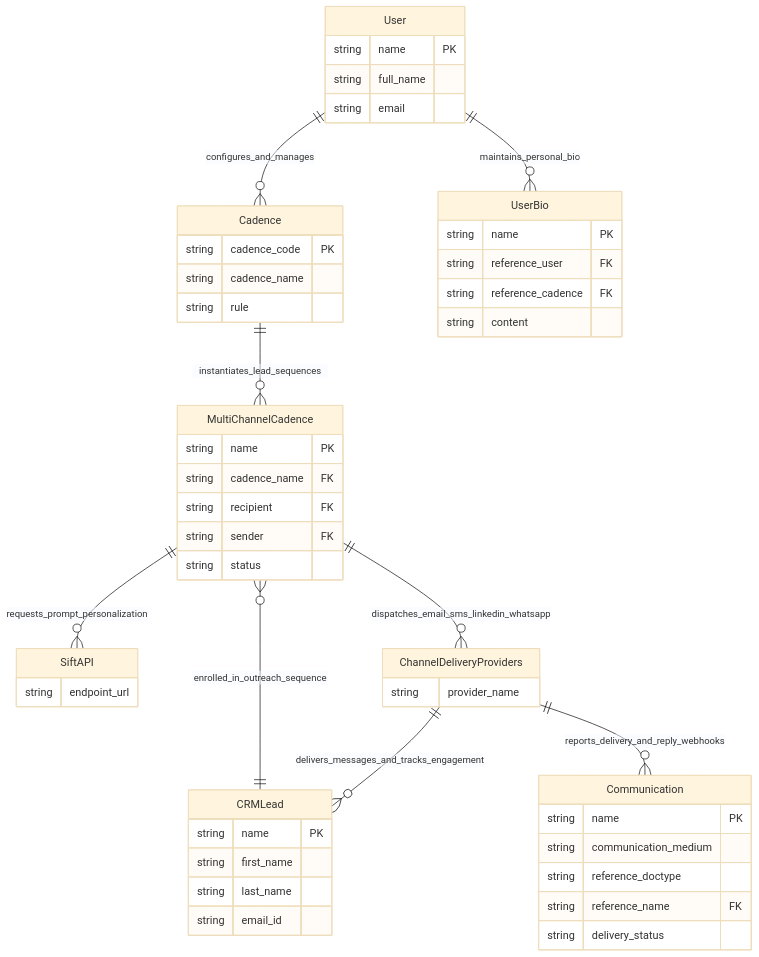
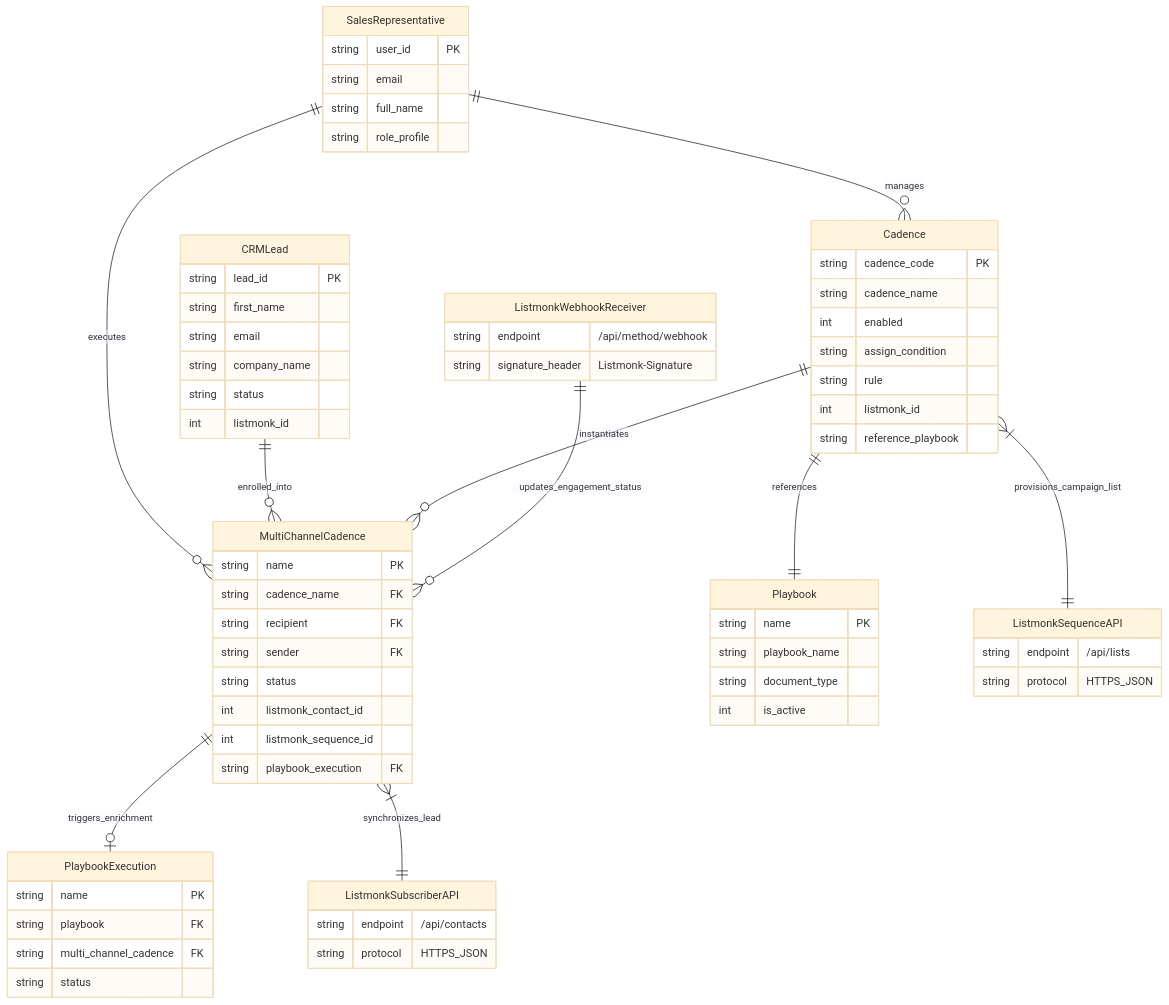
Before and after one commit to aurumorcom/frappe-cadence: the diagram in docs/architecture/c4/01-system-context.md, drawn with Mermaid (base theme). The commit also changed other lines of this file and 32 other files, not shown here.

First line of the commit message:
docs: restructure architecture documentation for Listmonk integration

````diff
--- a/docs/architecture/c4/01-system-context.md
+++ b/docs/architecture/c4/01-system-context.md
@@ -8,61 +8,78 @@
 ```mermaid
 erDiagram
-    User ||--o{ Cadence : "configures_and_manages"
-    User ||--o{ UserBio : "maintains_personal_bio"
-    CRMLead ||--o{ MultiChannelCadence : "enrolled_in_outreach_sequence"
-    Cadence ||--o{ MultiChannelCadence : "instantiates_lead_sequences"
-    MultiChannelCadence ||--o{ SiftAPI : "requests_prompt_personalization"
-    MultiChannelCadence ||--o{ ChannelDeliveryProviders : "dispatches_email_sms_linkedin_whatsapp"
-    ChannelDeliveryProviders ||--o{ CRMLead : "delivers_messages_and_tracks_engagement"
-    ChannelDeliveryProviders ||--o{ Communication : "reports_delivery_and_reply_webhooks"
+    SalesRepresentative ||--o{ Cadence : "manages"
+    SalesRepresentative ||--o{ MultiChannelCadence : "executes"
+    CRMLead ||--o{ MultiChannelCadence : "enrolled_into"
+    Cadence ||--o{ MultiChannelCadence : "instantiates"
+    Cadence ||--|| Playbook : "references"
+    MultiChannelCadence ||--o| PlaybookExecution : "triggers_enrichment"
+    MultiChannelCadence }|--|| ListmonkSubscriberAPI : "synchronizes_lead"
+    Cadence }|--|| ListmonkSequenceAPI : "provisions_campaign_list"
+    ListmonkWebhookReceiver ||--o{ MultiChannelCadence : "updates_engagement_status"
 
-    User {
-        string name PK
+    SalesRepresentative {
+        string user_id PK
+        string email
         string full_name
+        string role_profile
+    }
+
+    CRMLead {
+        string lead_id PK
+        string first_name
         string email
+        string company_name
+        string status
+        int listmonk_id
     }
 
     Cadence {
         string cadence_code PK
         string cadence_name
+        int enabled
+        string assign_condition
         string rule
-    }
-
-    UserBio {
-        string name PK
-        string reference_user FK
-        string reference_cadence FK
-        string content
-    }
-
-    CRMLead {
-        string name PK
-        string first_name
-        string last_name
-        string email_id
+        int listmonk_id
+        string reference_playbook
     }
 
     MultiChannelCadence {
         string name PK
         string cadence_name FK
         string recipient FK
         string sender FK
         string status
+        int listmonk_contact_id
+        int listmonk_sequence_id
+        string playbook_execution FK
     }
 
-    Communication {
+    Playbook {
         string name PK
-        string communication_medium
-        string reference_doctype
-        string reference_name FK
-        string delivery_status
+        string playbook_name
+        string document_type
+        int is_active
     }
 
-    SiftAPI {
-        string endpoint_url
+    PlaybookExecution {
+        string name PK
+        string playbook FK
+        string multi_channel_cadence FK
+        string status
     }
 
-    ChannelDeliveryProviders {
-        string provider_name
+    ListmonkSubscriberAPI {
+        string endpoint "/api/contacts"
+        string protocol "HTTPS_JSON"
+    }
+
+    ListmonkSequenceAPI {
+        string endpoint "/api/lists"
+        string protocol "HTTPS_JSON"
+    }
+
+    ListmonkWebhookReceiver {
+        string endpoint "/api/method/webhook"
+        string signature_header "Listmonk-Signature"
     }
 ```
````
